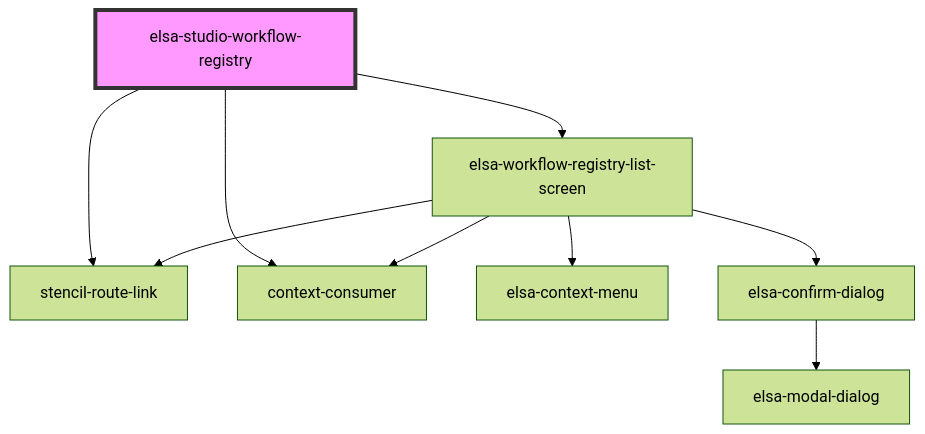
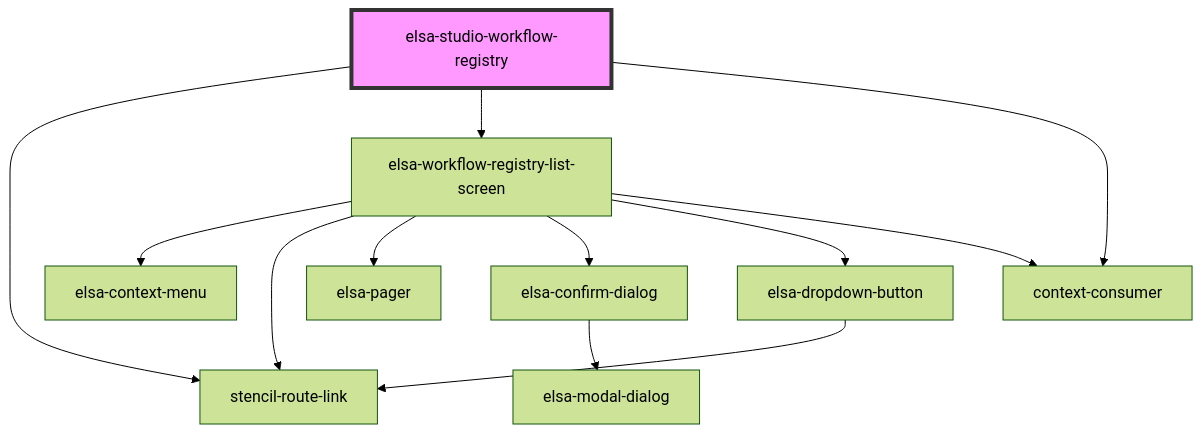
Before and after one commit to elsa-workflows/elsa-core: the diagram in src/designer/elsa-workflows-studio/src/components/dashboard/pages/elsa-studio-workflow-registry/readme.md, drawn with Mermaid (forest theme). The commit also changed 9 other files, not shown here.

````diff
--- a/src/designer/elsa-workflows-studio/src/components/dashboard/pages/elsa-studio-workflow-registry/readme.md
+++ b/src/designer/elsa-workflows-studio/src/components/dashboard/pages/elsa-studio-workflow-registry/readme.md
@@ -25,12 +25,15 @@
 ```mermaid
 graph TD;
   elsa-studio-workflow-registry --> stencil-route-link
   elsa-studio-workflow-registry --> elsa-workflow-registry-list-screen
   elsa-studio-workflow-registry --> context-consumer
   elsa-workflow-registry-list-screen --> elsa-context-menu
   elsa-workflow-registry-list-screen --> stencil-route-link
+  elsa-workflow-registry-list-screen --> elsa-pager
   elsa-workflow-registry-list-screen --> elsa-confirm-dialog
+  elsa-workflow-registry-list-screen --> elsa-dropdown-button
   elsa-workflow-registry-list-screen --> context-consumer
   elsa-confirm-dialog --> elsa-modal-dialog
+  elsa-dropdown-button --> stencil-route-link
   style elsa-studio-workflow-registry fill:#f9f,stroke:#333,stroke-width:4px
 ```
````
